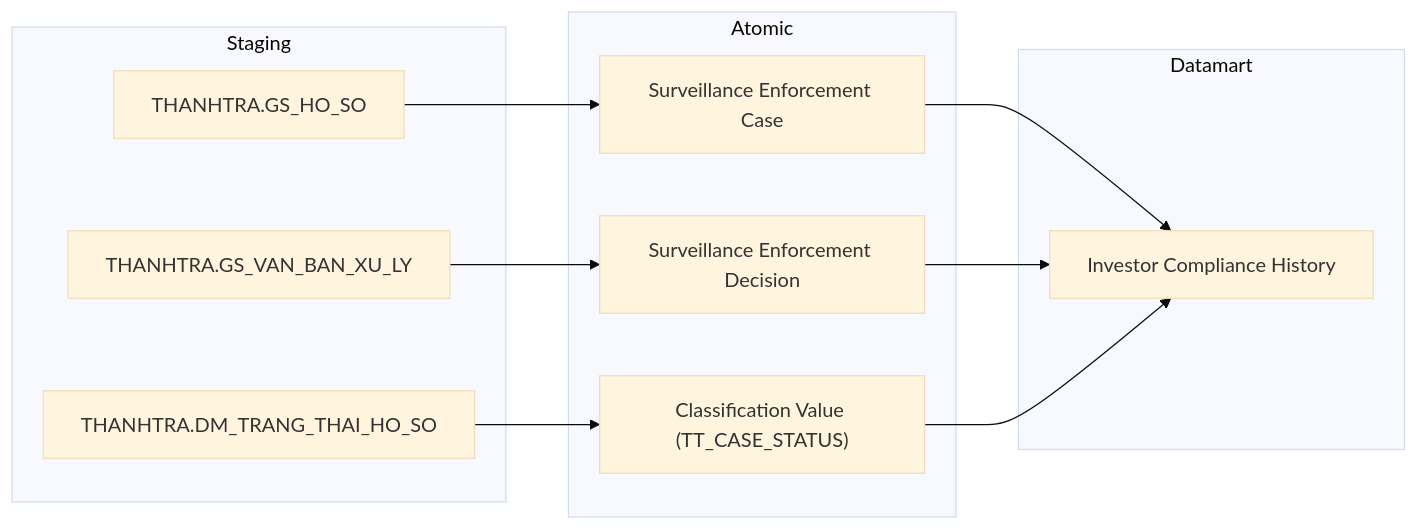
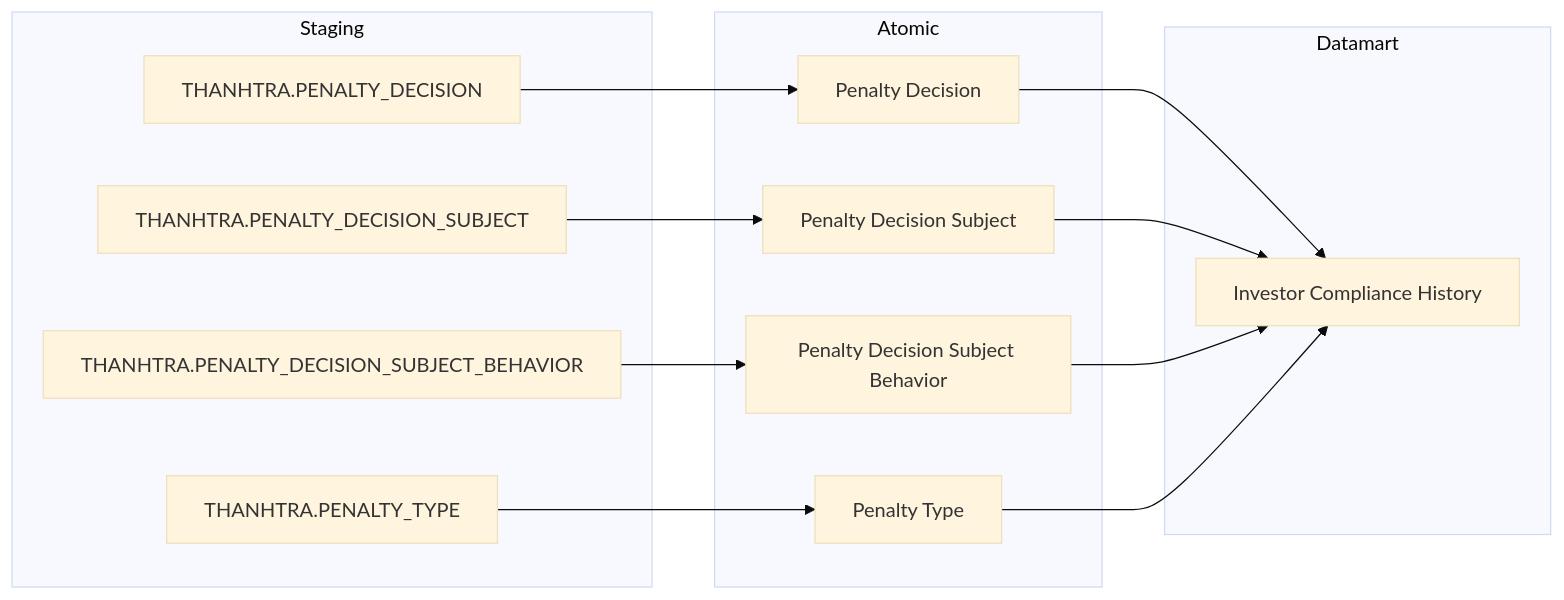
Before and after one commit to linhlvit/ubck_atomic_design: the fourth of 27 diagrams in Datamart/hld/DTM_NDTNN_HLD.md, drawn with Mermaid (base theme). The commit also changed other lines of this file and 19 other files, not shown here.

````diff
--- a/Datamart/hld/DTM_NDTNN_HLD.md
+++ b/Datamart/hld/DTM_NDTNN_HLD.md
@@ -139,26 +139,30 @@
 ```mermaid
 flowchart LR
     subgraph SRC["Staging"]
-        S1["THANHTRA.GS_HO_SO"]
-        S2["THANHTRA.GS_VAN_BAN_XU_LY"]
-        S3["THANHTRA.DM_TRANG_THAI_HO_SO"]
+        S1["THANHTRA.PENALTY_DECISION"]
+        S2["THANHTRA.PENALTY_DECISION_SUBJECT"]
+        S3["THANHTRA.PENALTY_DECISION_SUBJECT_BEHAVIOR"]
+        S4["THANHTRA.PENALTY_TYPE"]
     end
 
     subgraph SIL["Atomic"]
-        SV1["Surveillance Enforcement Case"]
-        SV2["Surveillance Enforcement Decision"]
-        SV3["Classification Value (TT_CASE_STATUS)"]
+        SV1["Penalty Decision"]
+        SV2["Penalty Decision Subject"]
+        SV3["Penalty Decision Subject Behavior"]
+        SV4["Penalty Type"]
     end
 
     subgraph Datamart["Datamart"]
         G1["Investor Compliance History"]
     end
 
     S1 --> SV1
     S2 --> SV2
     S3 --> SV3
+    S4 --> SV4
 
     SV1 --> G1
     SV2 --> G1
     SV3 --> G1
+    SV4 --> G1
 ```
````
